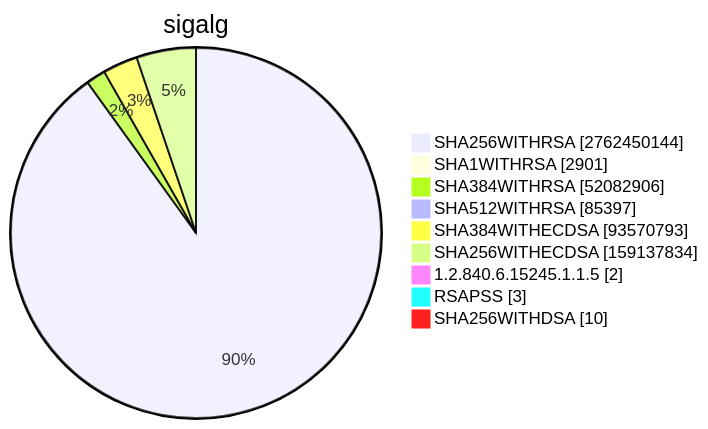
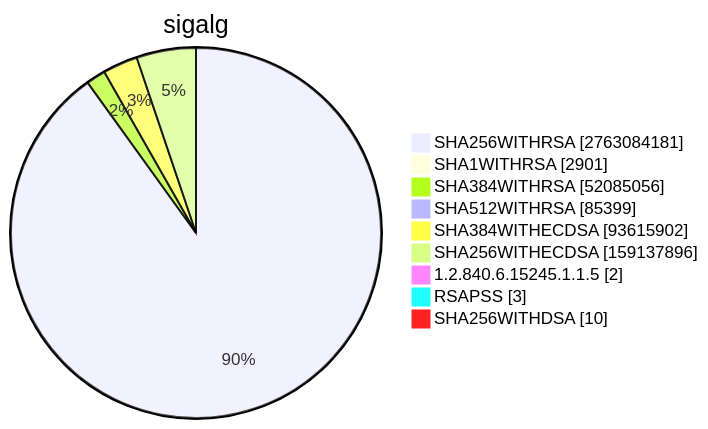
One commit to christiankrug/ctmonitor_visualization changed diagram 15 of 15 in TOTAL/README.md. Above: the diagram before and after it, drawn with Mermaid. The commit also changed other lines of this file, not shown here.

````diff
--- a/TOTAL/README.md
+++ b/TOTAL/README.md
@@ -6205,13 +6205,13 @@
 ```mermaid
 pie showData
 title sigalg
-"SHA256WITHRSA" :2762450144
+"SHA256WITHRSA" :2763084181
 "SHA1WITHRSA" :2901
-"SHA384WITHRSA" :52082906
-"SHA512WITHRSA" :85397
-"SHA384WITHECDSA" :93570793
-"SHA256WITHECDSA" :159137834
+"SHA384WITHRSA" :52085056
+"SHA512WITHRSA" :85399
+"SHA384WITHECDSA" :93615902
+"SHA256WITHECDSA" :159137896
 "1.2.840.6.15245.1.1.5" :2
 "RSAPSS" :3
 "SHA256WITHDSA" :10
 ```
````
